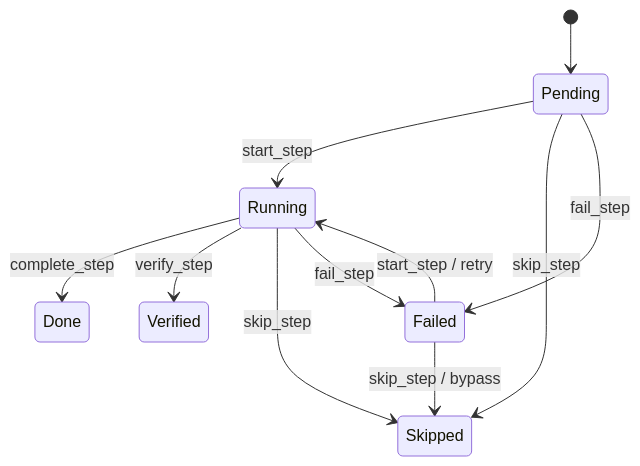
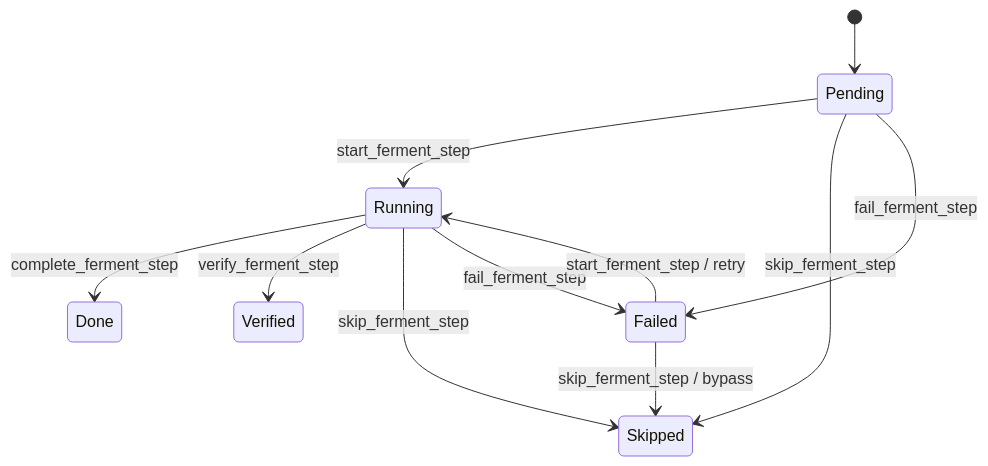
Before and after one commit to getkimchi/kimchi: the third of 3 diagrams in docs/ferment.md, drawn with Mermaid. The commit also changed other lines of this file and 17 other files, not shown here.

````diff
--- a/docs/ferment.md
+++ b/docs/ferment.md
@@ -391,17 +410,17 @@
 ```mermaid
 stateDiagram-v2
     direction TB
 
     [*] --> Pending
-    Pending --> Running: start_step
-    Running --> Done: complete_step
-    Running --> Verified: verify_step
+    Pending --> Running: start_ferment_step
+    Running --> Done: complete_ferment_step
+    Running --> Verified: verify_ferment_step
 
-    Pending --> Skipped: skip_step
-    Running --> Skipped: skip_step
+    Pending --> Skipped: skip_ferment_step
+    Running --> Skipped: skip_ferment_step
 
-    Pending --> Failed: fail_step
-    Running --> Failed: fail_step
-    Failed --> Running: start_step / retry
-    Failed --> Skipped: skip_step / bypass
+    Pending --> Failed: fail_ferment_step
+    Running --> Failed: fail_ferment_step
+    Failed --> Running: start_ferment_step / retry
+    Failed --> Skipped: skip_ferment_step / bypass
 ```
````
